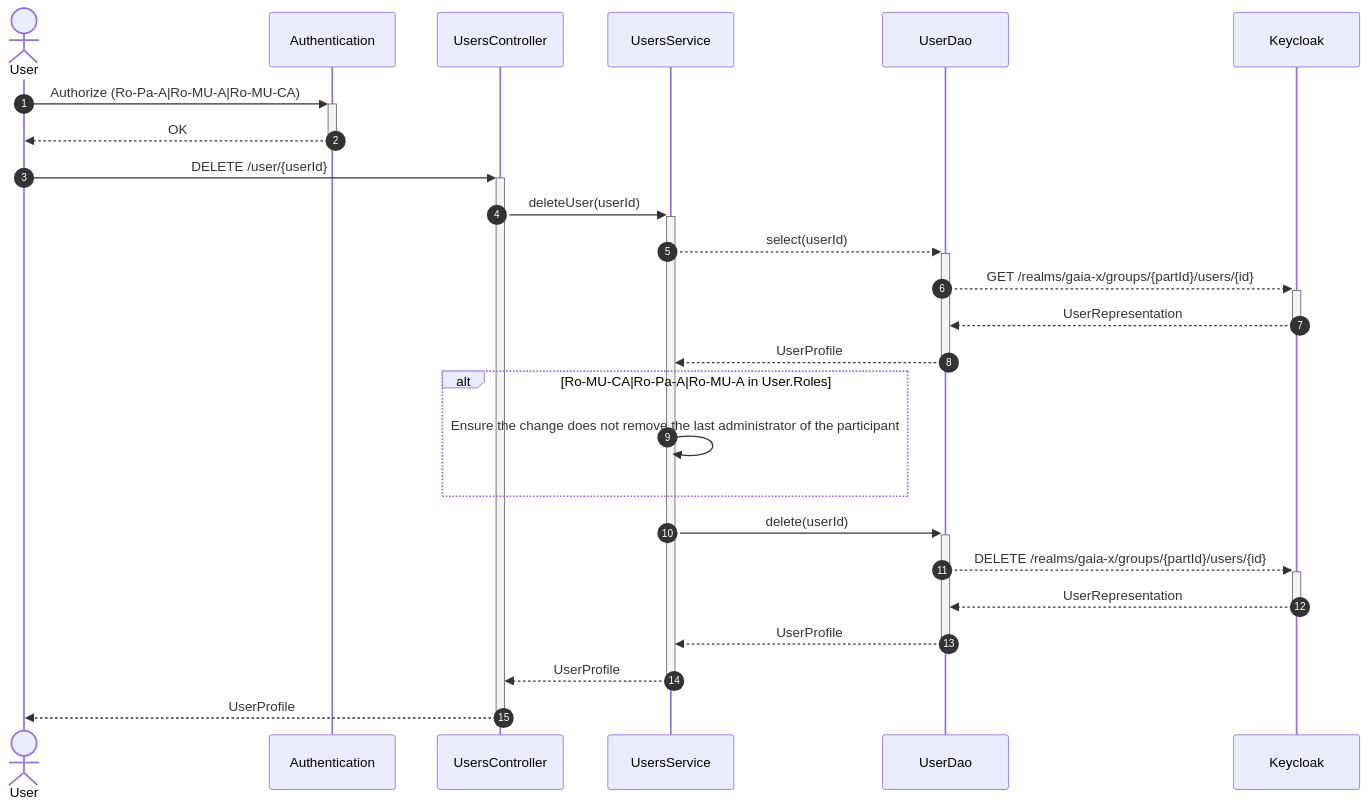
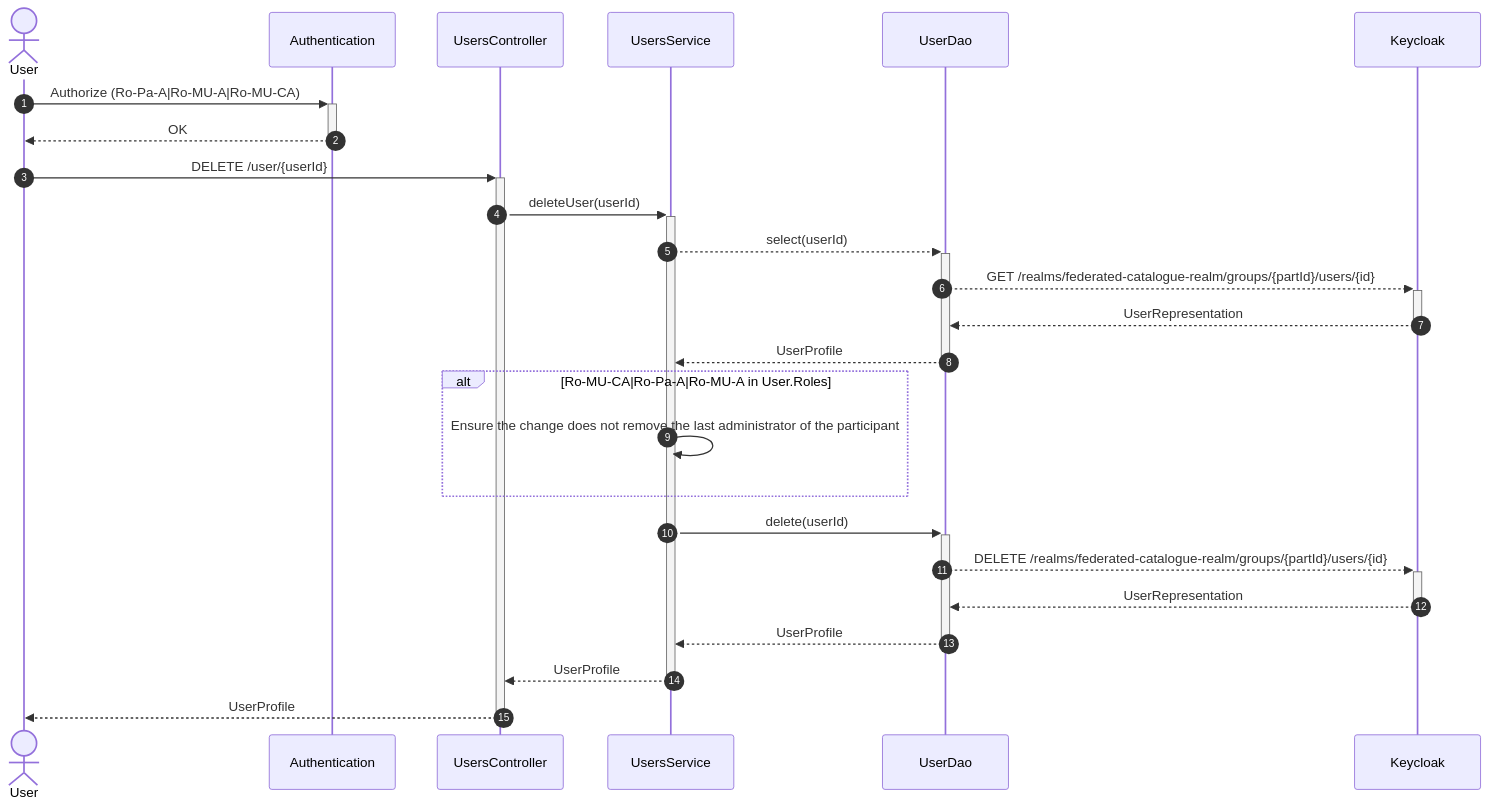
Diagram 13 of 44 in federated-catalogue/src/docs/architecture/chapters/06_runtime_view.adoc (eclipse-xfsc/docs), drawn with Mermaid before and after one commit. The commit also changed other lines of this file and 1 other file, not shown here.

First line of the commit message:
docs(arc42): Correct Keycloak realm and clarify user management authorization (#39)

```diff
--- a/federated-catalogue/src/docs/architecture/chapters/06_runtime_view.adoc
+++ b/federated-catalogue/src/docs/architecture/chapters/06_runtime_view.adoc
@@ -483,35 +483,35 @@
 [mermaid, width=2000]
 ....
 sequenceDiagram
     autonumber
     actor User
     participant Auth as Authentication
 
     participant API as UsersController
     participant service as UsersService
     participant dao as UserDao
     participant keycloak as Keycloak
 
     User ->> + Auth:Authorize (Ro-Pa-A|Ro-MU-A|Ro-MU-CA)
     Auth -->> - User:OK
 
     User ->> + API:DELETE /user/{userId}
 
     API ->> + service: deleteUser(userId)
     service -->> + dao: select(userId)
-    dao -->> + keycloak: GET /realms/gaia-x/groups/{partId}/users/{id}
+    dao -->> + keycloak: GET /realms/federated-catalogue-realm/groups/{partId}/users/{id}
     keycloak -->> - dao: UserRepresentation
     dao -->> - service: UserProfile
 
     alt Ro-MU-CA|Ro-Pa-A|Ro-MU-A in User.Roles
         service ->>service: Ensure the change does not remove the last administrator of the participant
     end
 
     service ->> + dao: delete(userId)
-    dao -->> + keycloak: DELETE /realms/gaia-x/groups/{partId}/users/{id}
+    dao -->> + keycloak: DELETE /realms/federated-catalogue-realm/groups/{partId}/users/{id}
     keycloak -->> - dao: UserRepresentation
 
     dao -->> - service: UserProfile
     service -->> - API: UserProfile
     API -->> - User: UserProfile
 ....
```
